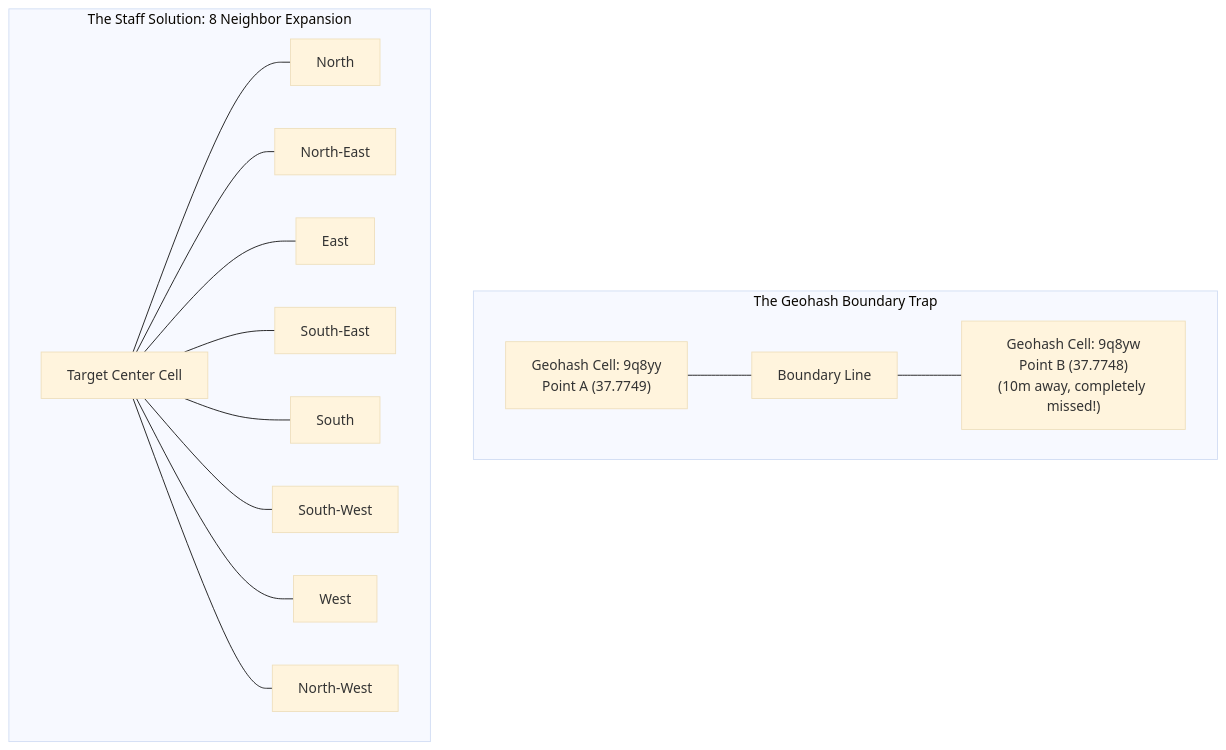
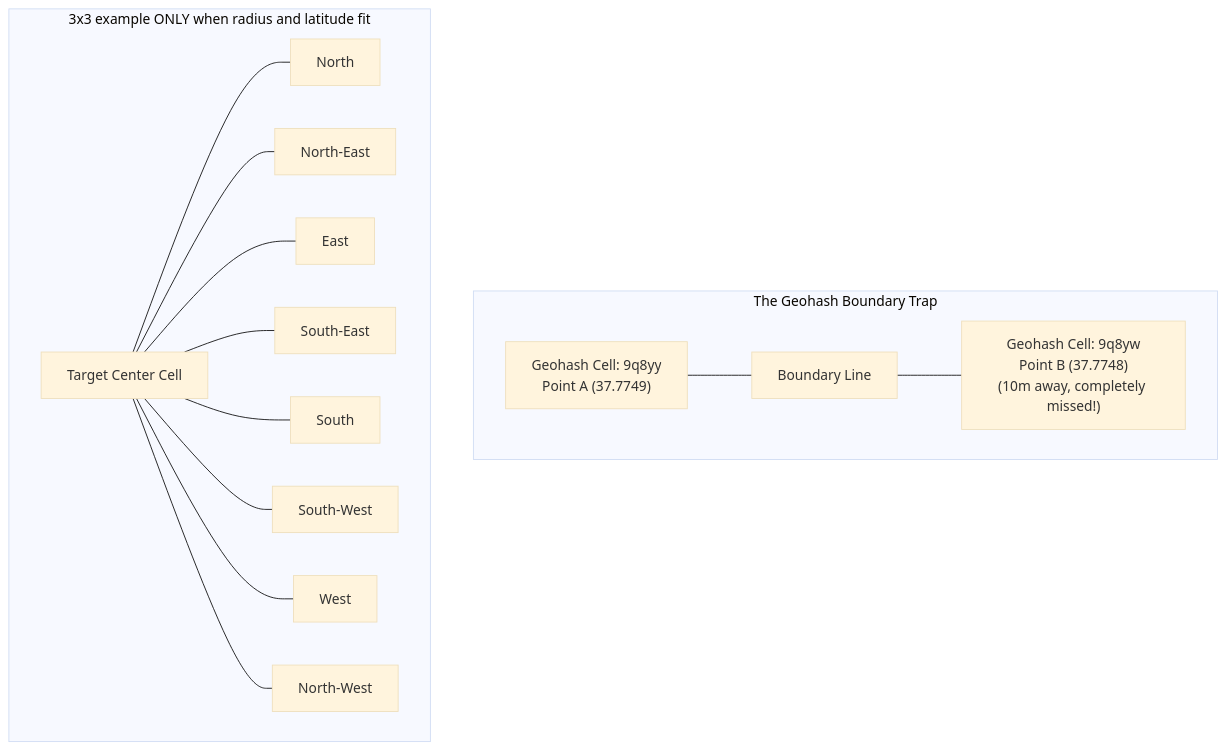
Before and after one commit to abhinnaagrawal/system-design-notes: the first of 3 diagrams in 16. Proximity Service/Readme.md, drawn with Mermaid (base theme). The commit also changed other lines of this file and 83 other files, not shown here.

````diff
--- a/16. Proximity Service/Readme.md
+++ b/16. Proximity Service/Readme.md
@@ -146,19 +150,19 @@
 ```mermaid
 flowchart TD
     subgraph BoundaryFlaw["The Geohash Boundary Trap"]
         Box1["Geohash Cell: 9q8yy<br/>Point A (37.7749)"] --- Line["Boundary Line"]
         Line --- Box2["Geohash Cell: 9q8yw<br/>Point B (37.7748)<br/>(10m away, completely missed!)"]
     end
 
-    subgraph StaffSolution["The Staff Solution: 8 Neighbor Expansion"]
+    subgraph StaffSolution["3x3 example ONLY when radius and latitude fit"]
         C["Target Center Cell"]
         C --- N1["North"]
         C --- N2["North-East"]
         C --- N3["East"]
         C --- N4["South-East"]
         C --- N5["South"]
         C --- N6["South-West"]
         C --- N7["West"]
         C --- N8["North-West"]
     end
 ```
````
